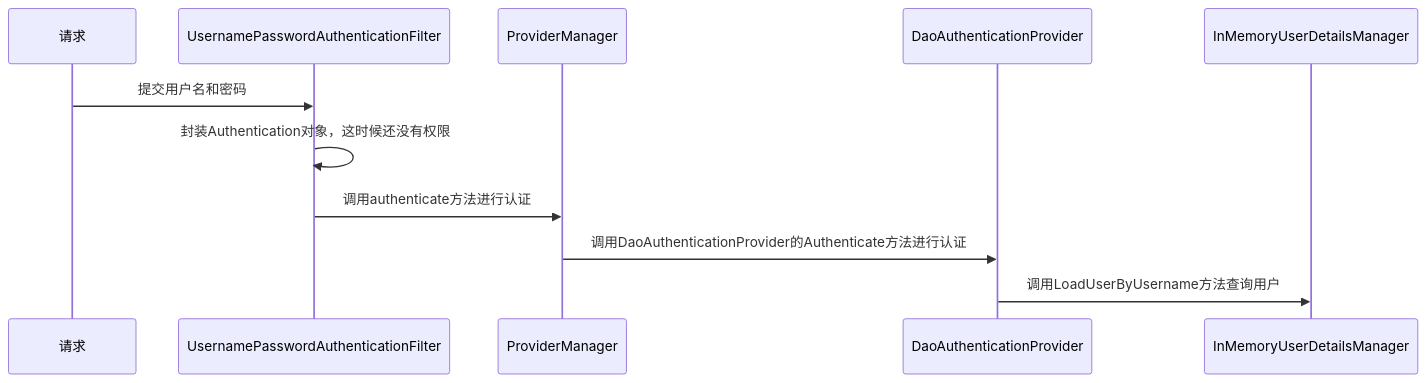
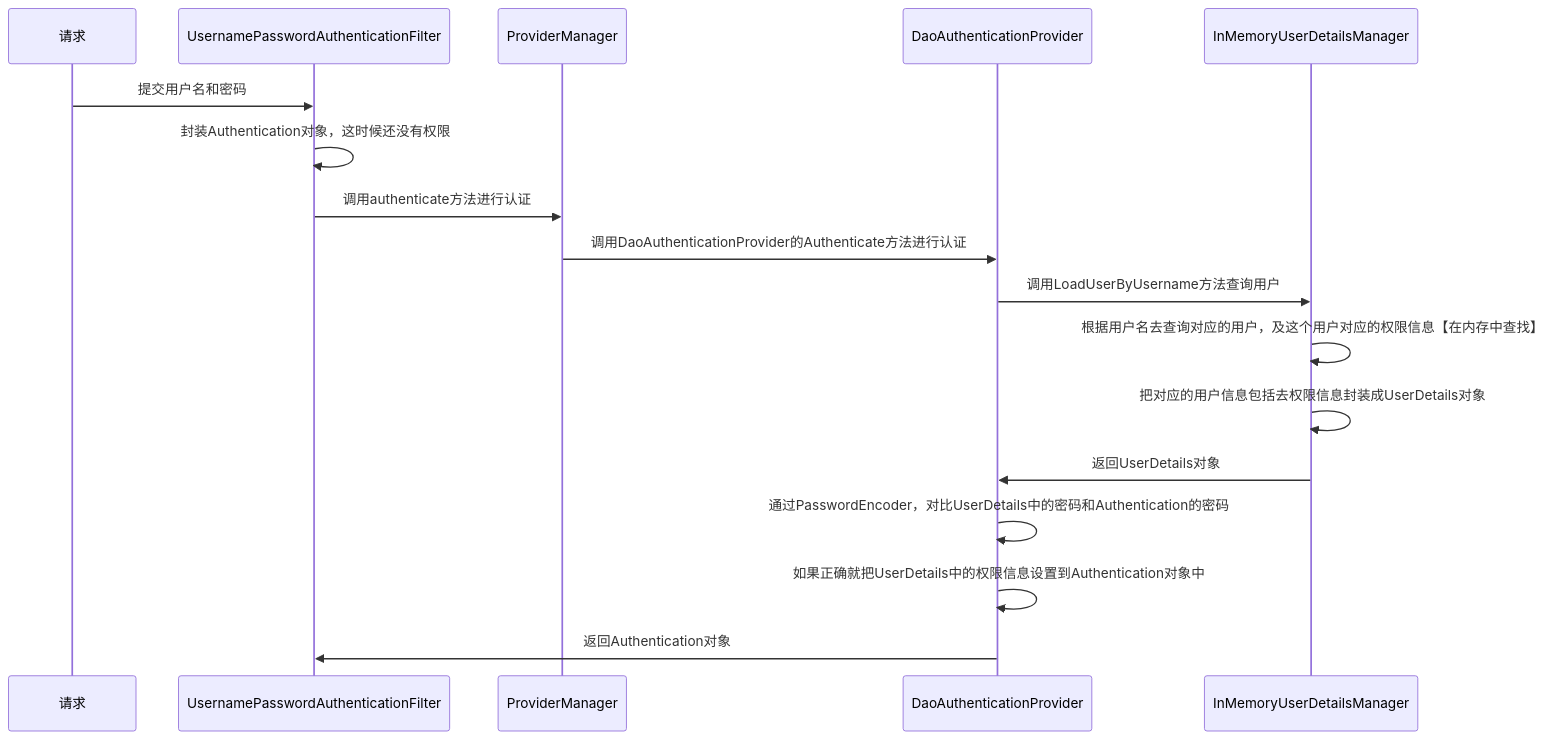
Before and after one commit to poppop9/obsidian: the third of 3 diagrams in 计算机/JavaWeb/后端/Spring Security.md, drawn with Mermaid. The commit also changed 2 other files, not shown here.

Commit message:
vault backup: 2024-04-30 01:01:49

````diff
--- a/计算机/JavaWeb/后端/Spring Security.md
+++ b/计算机/JavaWeb/后端/Spring Security.md
@@ -42,15 +42,20 @@
 ```mermaid
 sequenceDiagram
     participant 请求
     participant U AS UsernamePasswordAuthenticationFilter
     participant P AS ProviderManager
 	participant D AS DaoAuthenticationProvider
 	participant I AS InMemoryUserDetailsManager
 
 	请求->>U: 提交用户名和密码
 	U->>U: 封装Authentication对象，这时候还没有权限
 	U->>P: 调用authenticate方法进行认证
 	P->>D: 调用DaoAuthenticationProvider的Authenticate方法进行认证
 	D->>I: 调用LoadUserByUsername方法查询用户
-	
+	I->>I: 根据用户名去查询对应的用户，及这个用户对应的权限信息【在内存中查找】
+	I->>I: 把对应的用户信息包括去权限信息封装成UserDetails对象
+	I->>D: 返回UserDetails对象
+	D->>D: 通过PasswordEncoder，对比UserDetails中的密码和Authentication的密码
+	D->>D: 如果正确就把UserDetails中的权限信息设置到Authentication对象中
+	D->>U: 返回Authentication对象
 ```
````
